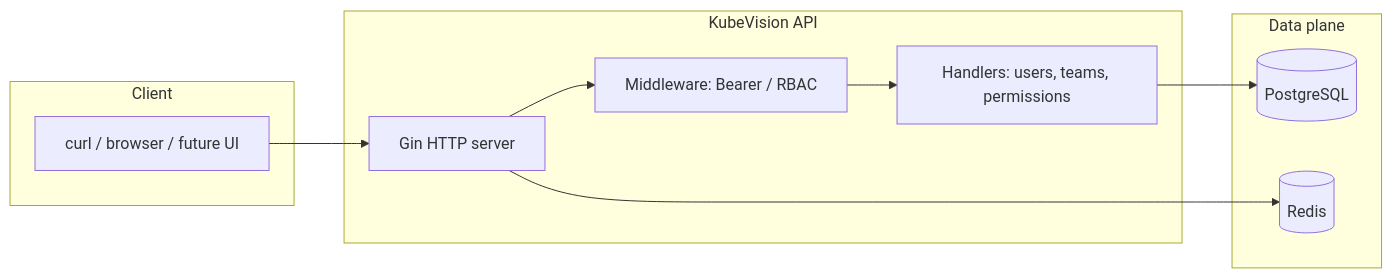
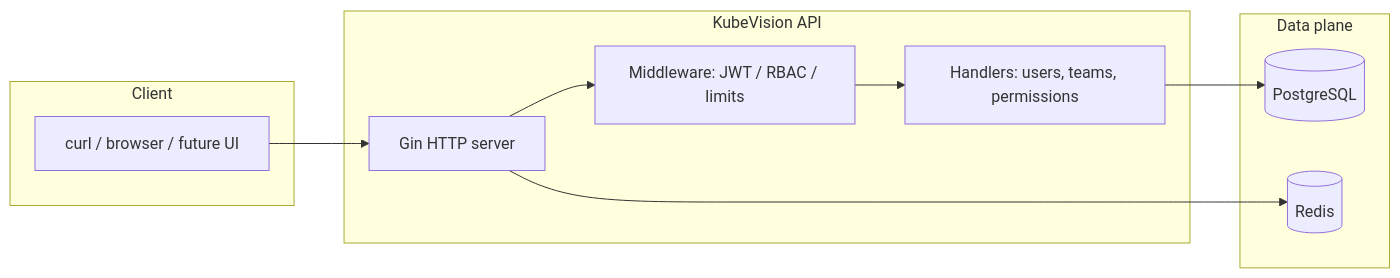
One commit to AbhishekSharmaIE/Kubevision changed the diagram in Documentation.md. Above: the diagram before and after it, drawn with Mermaid. The commit also changed other lines of this file and 17 other files, not shown here.

````diff
--- a/Documentation.md
+++ b/Documentation.md
@@ -20,20 +20,20 @@
 ```mermaid
 flowchart LR
   subgraph client [Client]
     C[curl / browser / future UI]
   end
   subgraph api [KubeVision API]
     G[Gin HTTP server]
-    M[Middleware: Bearer / RBAC]
+    M[Middleware: JWT / RBAC / limits]
     H[Handlers: users, teams, permissions]
   end
   subgraph data [Data plane]
     PG[(PostgreSQL)]
     RD[(Redis)]
   end
   C --> G
   G --> M
   M --> H
   H --> PG
   G --> RD
 ```
````
